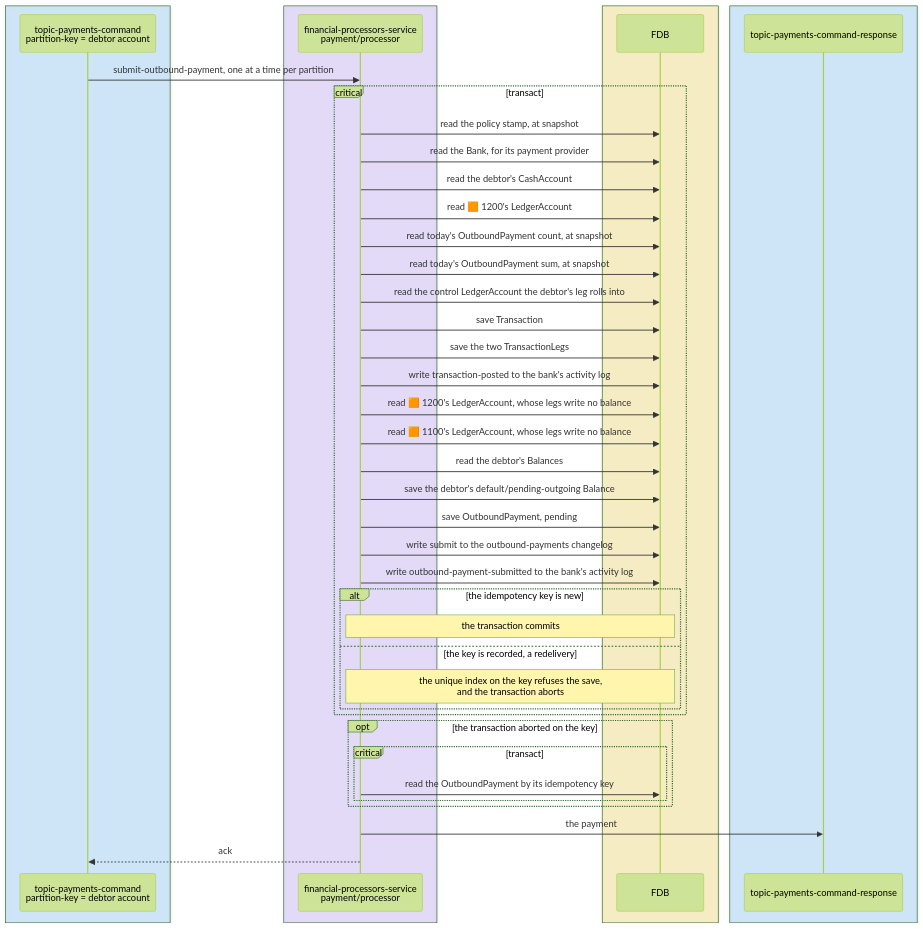
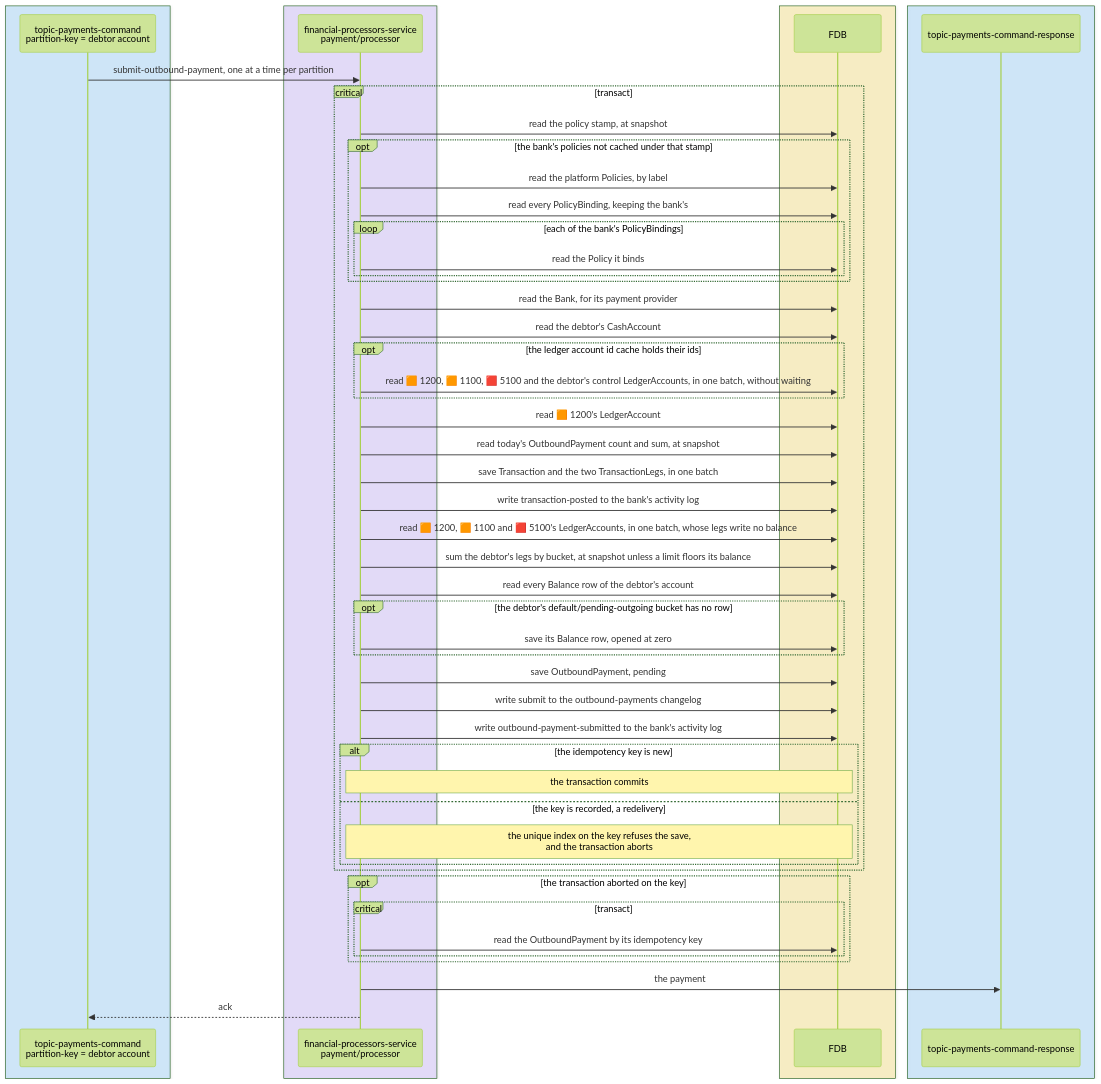
The third of 15 diagrams in docs/tdd/payments-outbound.md (repldriven/queenswood), drawn with Mermaid (forest theme) before and after one commit. The commit also changed other lines of this file and 2 other files, not shown here.

Commit message:
Draw each payment flow's FDB calls as the code makes them: balances summed from legs and a row saved only where a bucket opens, batched reads and saves, the policy stamp and the ledger account id cache, and the intent poller's limited reads, rounds and concurrent reconciles

````diff
--- a/docs/tdd/payments-outbound.md
+++ b/docs/tdd/payments-outbound.md
@@ -154,47 +154,56 @@
 ```mermaid
 sequenceDiagram
     box rgba(165, 216, 255, 0.45)
     participant PC as topic-payments-command<br/>partition-key = debtor account
     end
     box rgba(208, 191, 255, 0.45)
     participant PP as financial-processors-service<br/>payment/processor
     end
     box rgba(255, 236, 153, 0.5)
     participant DB as FDB
     end
     box rgba(165, 216, 255, 0.45)
     participant PR as topic-payments-command-response
     end
     PC->>PP: submit-outbound-payment, one at a time per partition
     critical transact
     PP->>DB: read the policy stamp, at snapshot
+    opt the bank's policies not cached under that stamp
+    PP->>DB: read the platform Policies, by label
+    PP->>DB: read every PolicyBinding, keeping the bank's
+    loop each of the bank's PolicyBindings
+    PP->>DB: read the Policy it binds
+    end
+    end
     PP->>DB: read the Bank, for its payment provider
     PP->>DB: read the debtor's CashAccount
+    opt the ledger account id cache holds their ids
+    PP->>DB: read 🟧 1200, 🟧 1100, 🟥 5100 and the debtor's control LedgerAccounts, in one batch, without waiting
+    end
     PP->>DB: read 🟧 1200's LedgerAccount
-    PP->>DB: read today's OutboundPayment count, at snapshot
-    PP->>DB: read today's OutboundPayment sum, at snapshot
-    PP->>DB: read the control LedgerAccount the debtor's leg rolls into
-    PP->>DB: save Transaction
-    PP->>DB: save the two TransactionLegs
+    PP->>DB: read today's OutboundPayment count and sum, at snapshot
+    PP->>DB: save Transaction and the two TransactionLegs, in one batch
     PP->>DB: write transaction-posted to the bank's activity log
-    PP->>DB: read 🟧 1200's LedgerAccount, whose legs write no balance
-    PP->>DB: read 🟧 1100's LedgerAccount, whose legs write no balance
-    PP->>DB: read the debtor's Balances
-    PP->>DB: save the debtor's default/pending-outgoing Balance
+    PP->>DB: read 🟧 1200, 🟧 1100 and 🟥 5100's LedgerAccounts, in one batch, whose legs write no balance
+    PP->>DB: sum the debtor's legs by bucket, at snapshot unless a limit floors its balance
+    PP->>DB: read every Balance row of the debtor's account
+    opt the debtor's default/pending-outgoing bucket has no row
+    PP->>DB: save its Balance row, opened at zero
+    end
     PP->>DB: save OutboundPayment, pending
     PP->>DB: write submit to the outbound-payments changelog
     PP->>DB: write outbound-payment-submitted to the bank's activity log
     alt the idempotency key is new
     Note over PP,DB: the transaction commits
     else the key is recorded, a redelivery
     Note over PP,DB: the unique index on the key refuses the save,<br/>and the transaction aborts
     end
     end
     opt the transaction aborted on the key
     critical transact
     PP->>DB: read the OutboundPayment by its idempotency key
     end
     end
     PP->>PR: the payment
     PP-->>PC: ack
 ```
````
